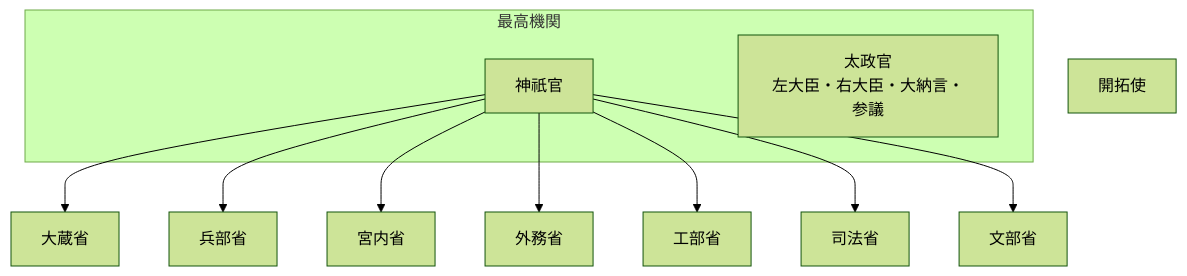
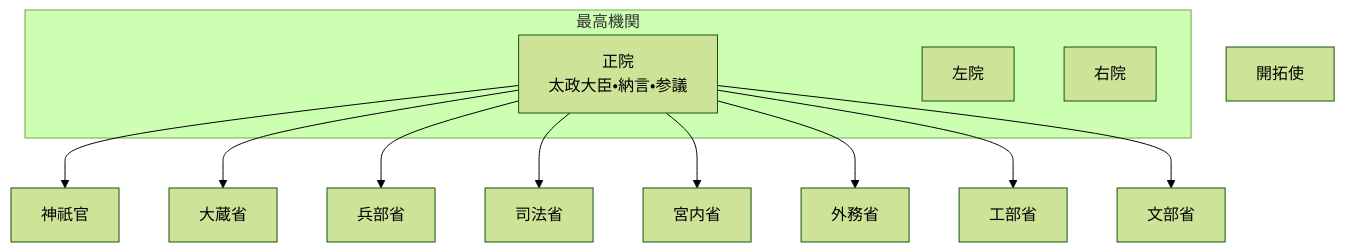
The diagram in README.md (tatemaru/jp-admin-org-chart), drawn with Mermaid (forest theme) before and after one commit. The commit also changed other lines of this file, not shown here.

Commit message:
feat(太政官): 三院制（正院・左院・右院）とする
根拠: 官制改正
施行: 1871-09-13（明治4年7月29日）
出典: JACAR transition2 / history1

種別: 再編
備考: Git日付制約のため AuthorDate/CommitDate は 1970-01-02

````diff
--- a/README.md
+++ b/README.md
@@ -9,23 +9,26 @@
 ```mermaid
 flowchart TB
   subgraph top["最高機関"]
-    JingiKan["神祇官"]
-    Dajokan["太政官
-左大臣・右大臣・大納言・参議"]
+    Sei["正院
+太政大臣・納言・参議"]
+    Sa["左院"]
+    U["右院"]
   end
+  JingiSho["神祇官"]
+  Sei --> JingiSho
   Okura["大蔵省"]
-  JingiKan --> Okura
+  Sei --> Okura
   Hyobu["兵部省"]
-  JingiKan --> Hyobu
+  Sei --> Hyobu
+  Shiho["司法省"]
+  Sei --> Shiho
   Kunai["宮内省"]
-  JingiKan --> Kunai
+  Sei --> Kunai
   Gaimu["外務省"]
-  JingiKan --> Gaimu
+  Sei --> Gaimu
   Kobu["工部省"]
-  JingiKan --> Kobu
-  Shiho["司法省"]
-  JingiKan --> Shiho
+  Sei --> Kobu
   Mombu["文部省"]
-  JingiKan --> Mombu
+  Sei --> Mombu
   Kaitaku["開拓使"]
 ```
````
